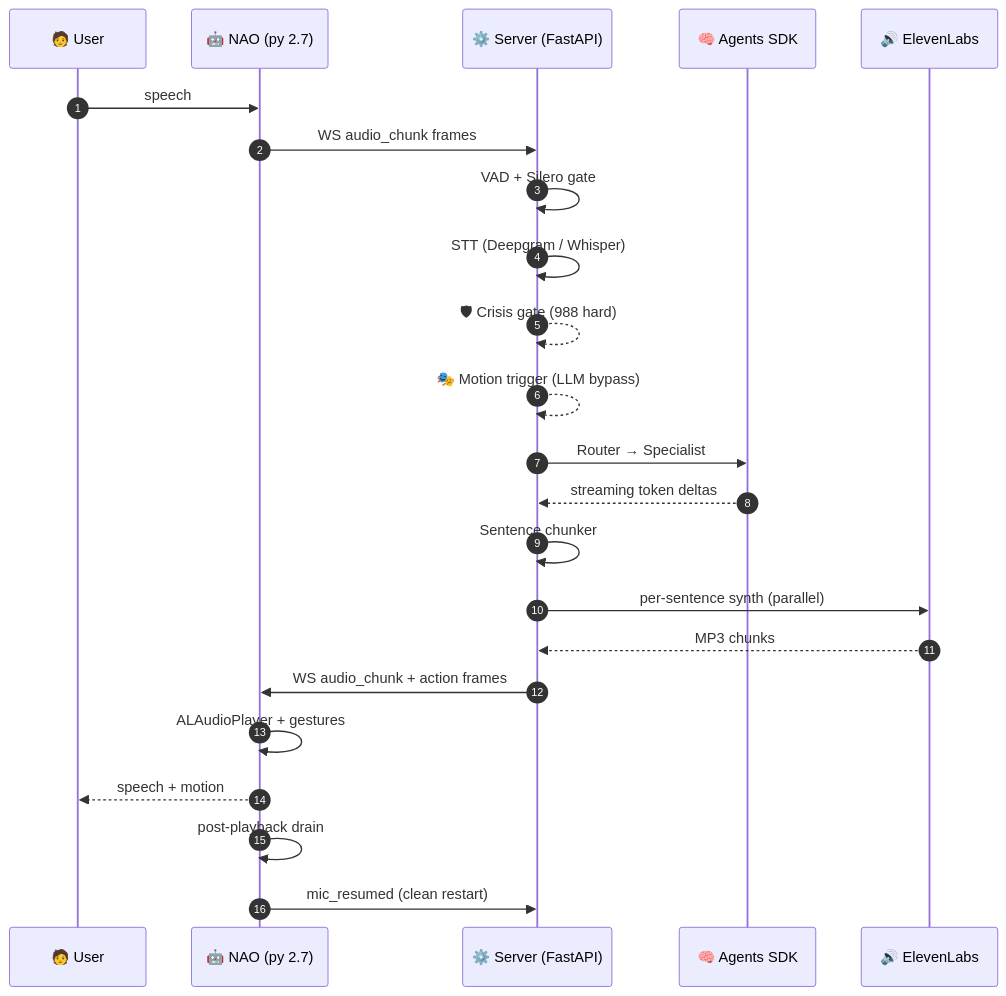
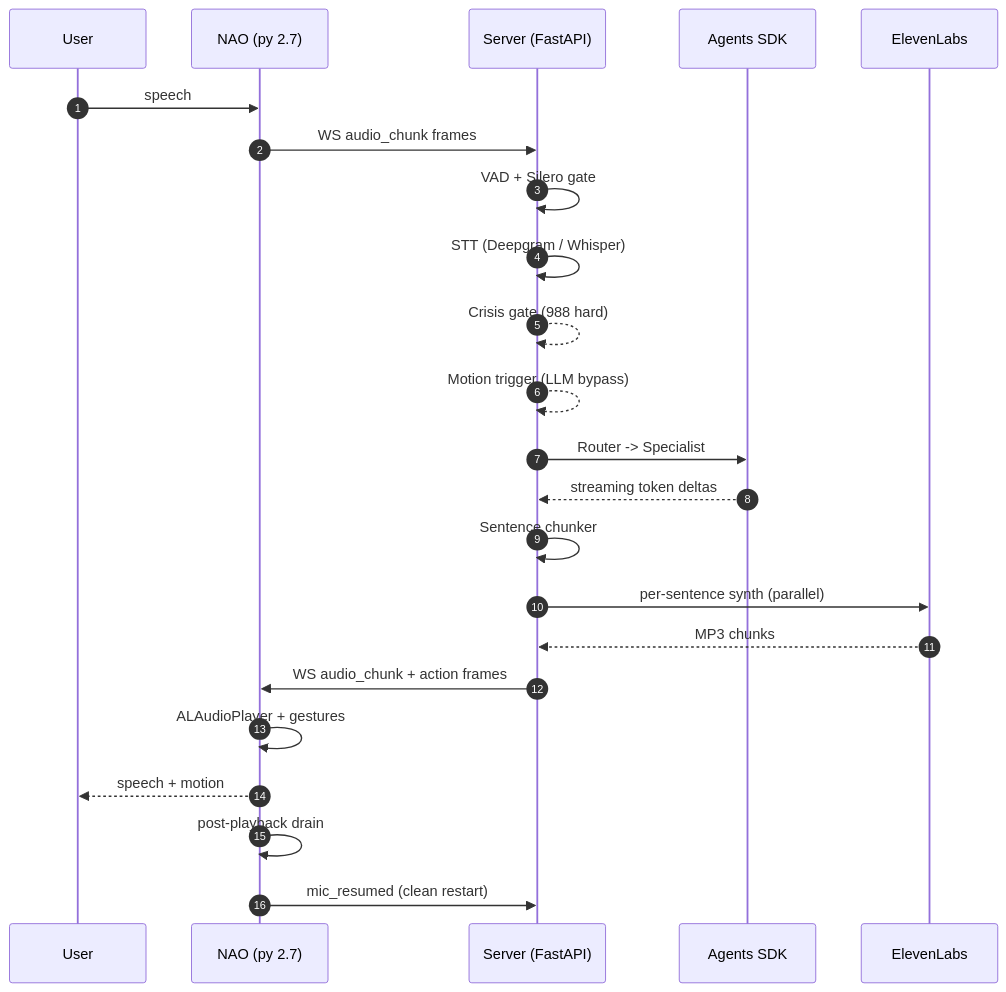
The first of 8 diagrams in README.md (theaayushstha1/Nao-OpenAI-Morgan-Assist), drawn with Mermaid before and after one commit. The commit also changed other lines of this file, not shown here.

First line of the commit message:
README: zero emojis, fix mermaid parse error in voice/mic lifecycle

````diff
--- a/README.md
+++ b/README.md
@@ -40,26 +42,26 @@
 ```mermaid
 sequenceDiagram
     autonumber
-    participant U as 🧑 User
-    participant N as 🤖 NAO (py 2.7)
-    participant S as ⚙️ Server (FastAPI)
-    participant A as 🧠 Agents SDK
-    participant T as 🔊 ElevenLabs
-    
+    participant U as User
+    participant N as NAO (py 2.7)
+    participant S as Server (FastAPI)
+    participant A as Agents SDK
+    participant T as ElevenLabs
+
     U->>N: speech
     N->>S: WS audio_chunk frames
     S->>S: VAD + Silero gate
     S->>S: STT (Deepgram / Whisper)
-    S-->>S: 🛡 Crisis gate (988 hard)
-    S-->>S: 🎭 Motion trigger (LLM bypass)
-    S->>A: Router → Specialist
+    S-->>S: Crisis gate (988 hard)
+    S-->>S: Motion trigger (LLM bypass)
+    S->>A: Router -> Specialist
     A-->>S: streaming token deltas
     S->>S: Sentence chunker
     S->>T: per-sentence synth (parallel)
     T-->>S: MP3 chunks
     S->>N: WS audio_chunk + action frames
     N->>N: ALAudioPlayer + gestures
     N-->>U: speech + motion
     N->>N: post-playback drain
     N->>S: mic_resumed (clean restart)
 ```
````
